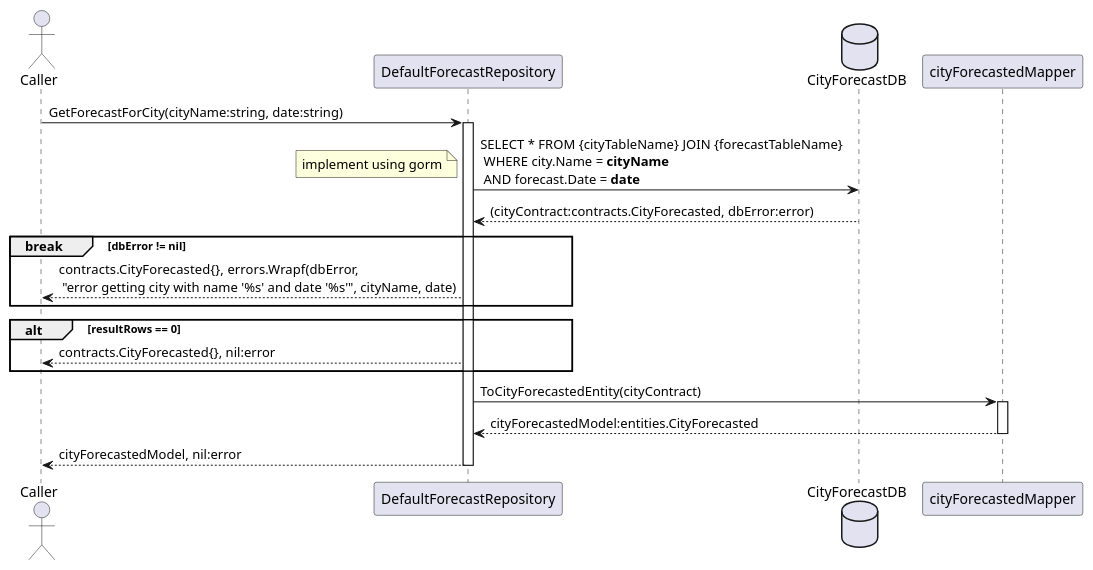
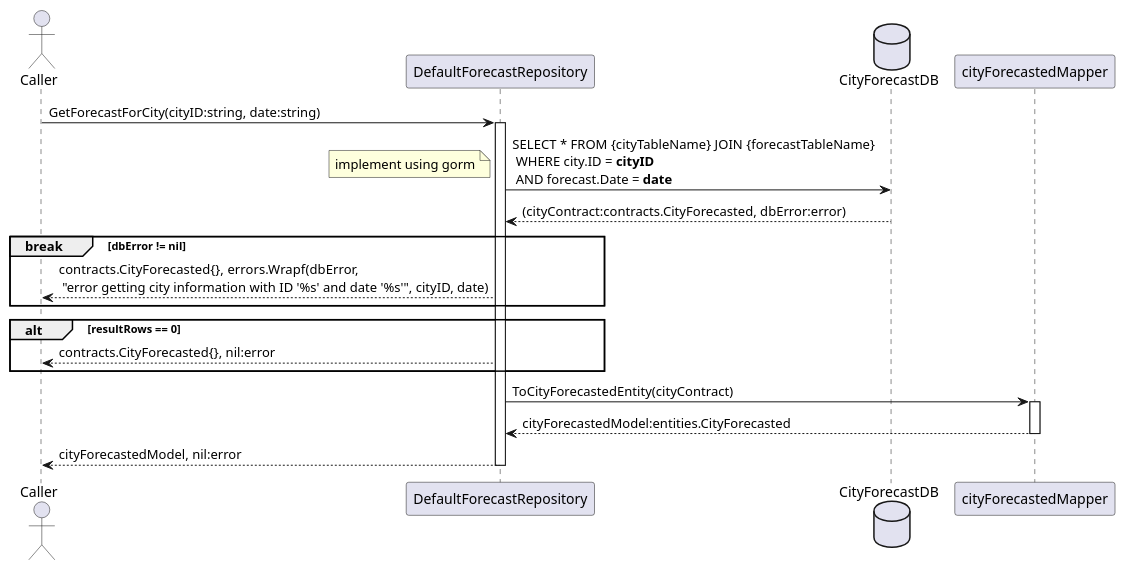
The diagram in docs/usecases/forecastcity/repository/default_forecast_repository_get_forecast_for_city_and_date_seq.puml (micoyeye22/TUITechHomework), drawn with PlantUML before and after one commit. The commit also changed 7 other files, not shown here.

Commit message:
Added API design for setting and getting forecast for city

```diff
--- a/docs/usecases/forecastcity/repository/default_forecast_repository_get_forecast_for_city_and_date_seq.puml
+++ b/docs/usecases/forecastcity/repository/default_forecast_repository_get_forecast_for_city_and_date_seq.puml
@@ -1,26 +1,26 @@
 @startuml
 
 actor Caller as C
 participant DefaultForecastRepository as R
 database CityForecastDB as DB
 participant cityForecastedMapper as M
 
-C -> R : GetForecastForCity(cityName:string, date:string)
+C -> R : GetForecastForCity(cityID:string, date:string)
 activate R
-    R -> DB : SELECT * FROM {cityTableName} JOIN {forecastTableName}\n WHERE city.Name = **cityName**\n AND forecast.Date = **date**
+    R -> DB : SELECT * FROM {cityTableName} JOIN {forecastTableName}\n WHERE city.ID = **cityID**\n AND forecast.Date = **date**
     note top: implement using gorm
     R <-- DB : (cityContract:contracts.CityForecasted, dbError:error)
     break dbError != nil
-        R --> C : contracts.CityForecasted{}, errors.Wrapf(dbError,\n "error getting city with name '%s' and date '%s'", cityName, date)
+        R --> C : contracts.CityForecasted{}, errors.Wrapf(dbError,\n "error getting city information with ID '%s' and date '%s'", cityID, date)
     end
     alt resultRows == 0
         R --> C : contracts.CityForecasted{}, nil:error
     end
     R -> M : ToCityForecastedEntity(cityContract)
     activate M
         R <-- M : cityForecastedModel:entities.CityForecasted
     deactivate
     R --> C : cityForecastedModel, nil:error
 deactivate
 
 @enduml
```
